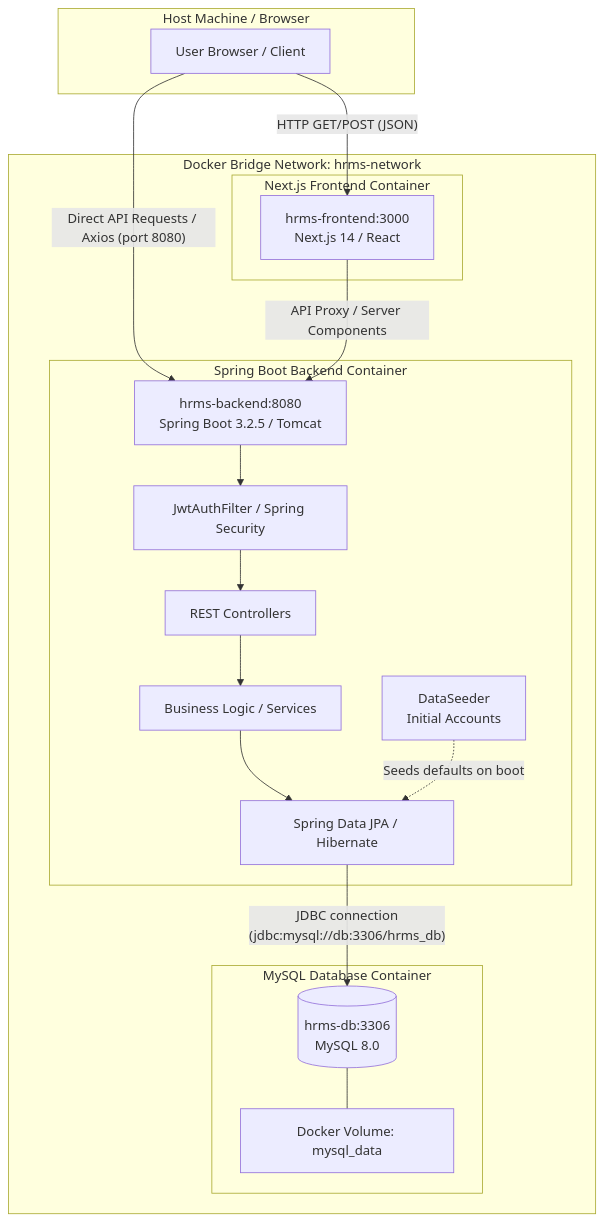
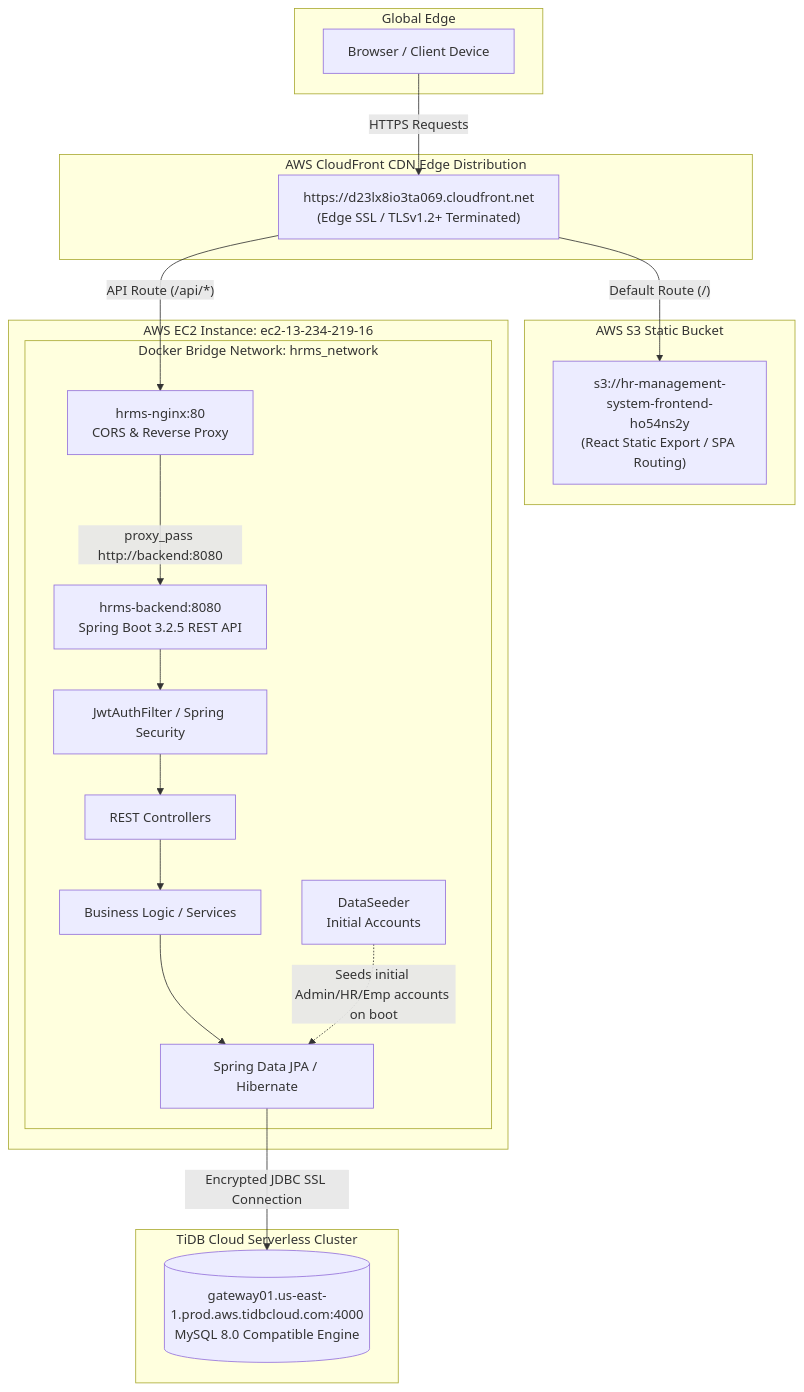
One commit to HarukiOwO/Hr-Management-System changed the first of 2 diagrams in DOCUMENTATION.md. Above: the diagram before and after it, drawn with Mermaid. The commit also changed other lines of this file and 3 other files, not shown here.

Commit message:
docs: comprehensive update of README, DOCUMENTATION, and module guides with live AWS production architecture

````diff
--- a/DOCUMENTATION.md
+++ b/DOCUMENTATION.md
@@ -24,37 +26,38 @@
 ```mermaid
 graph TD
-    subgraph Host Machine / Browser
-        Client[User Browser / Client]
+    subgraph Global Edge
+        Client[Browser / Client Device]
     end
 
-    subgraph Docker Bridge Network: hrms-network
-        subgraph Next.js Frontend Container
-            Frontend[hrms-frontend:3000<br/>Next.js 14 / React]
-        end
+    subgraph AWS CloudFront CDN Edge Distribution
+        CDN["https://d23lx8io3ta069.cloudfront.net<br/>(Edge SSL / TLSv1.2+ Terminated)"]
+    end
 
-        subgraph Spring Boot Backend Container
-            Backend[hrms-backend:8080<br/>Spring Boot 3.2.5 / Tomcat]
+    subgraph AWS S3 Static Bucket
+        S3["s3://hr-management-system-frontend-ho54ns2y<br/>(React Static Export / SPA Routing)"]
+    end
+
+    subgraph AWS EC2 Instance: ec2-13-234-219-16
+        subgraph Docker Bridge Network: hrms_network
+            Nginx["hrms-nginx:80<br/>CORS & Reverse Proxy"]
+            Backend["hrms-backend:8080<br/>Spring Boot 3.2.5 REST API"]
             Security[JwtAuthFilter / Spring Security]
             Controller[REST Controllers]
             Service[Business Logic / Services]
             Repository[Spring Data JPA / Hibernate]
             Seeder[DataSeeder <br/>Initial Accounts]
         end
-
-        subgraph MySQL Database Container
-            DB[(hrms-db:3306<br/>MySQL 8.0)]
-            Volume[Docker Volume: mysql_data]
-        end
     end
 
-    Client -- "HTTP GET/POST (JSON)" --> Frontend
-    Client -- "Direct API Requests / Axios (port 8080)" --> Backend
-    Frontend -- "API Proxy / Server Components" --> Backend
-    Backend --> Security
-    Security --> Controller
-    Controller --> Service
-    Service --> Repository
-    Repository -- "JDBC connection<br/>(jdbc:mysql://db:3306/hrms_db)" --> DB
-    Seeder -. "Seeds defaults on boot" .-> Repository
-    DB --- Volume
+    subgraph TiDB Cloud Serverless Cluster
+        TiDB[(gateway01.us-east-1.prod.aws.tidbcloud.com:4000<br/>MySQL 8.0 Compatible Engine)]
+    end
+
+    Client -- "HTTPS Requests" --> CDN
+    CDN -- "Default Route (/)" --> S3
+    CDN -- "API Route (/api/*)" --> Nginx
+    Nginx -- "proxy_pass http://backend:8080" --> Backend
+    Backend --> Security --> Controller --> Service --> Repository
+    Repository -- "Encrypted JDBC SSL Connection" --> TiDB
+    Seeder -. "Seeds initial Admin/HR/Emp accounts on boot" .-> Repository
 ```
````
